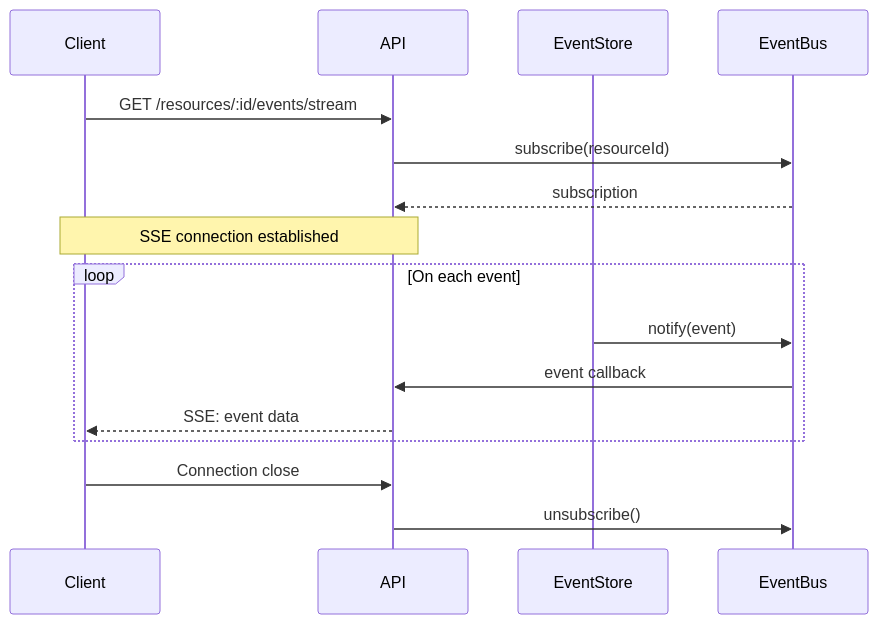
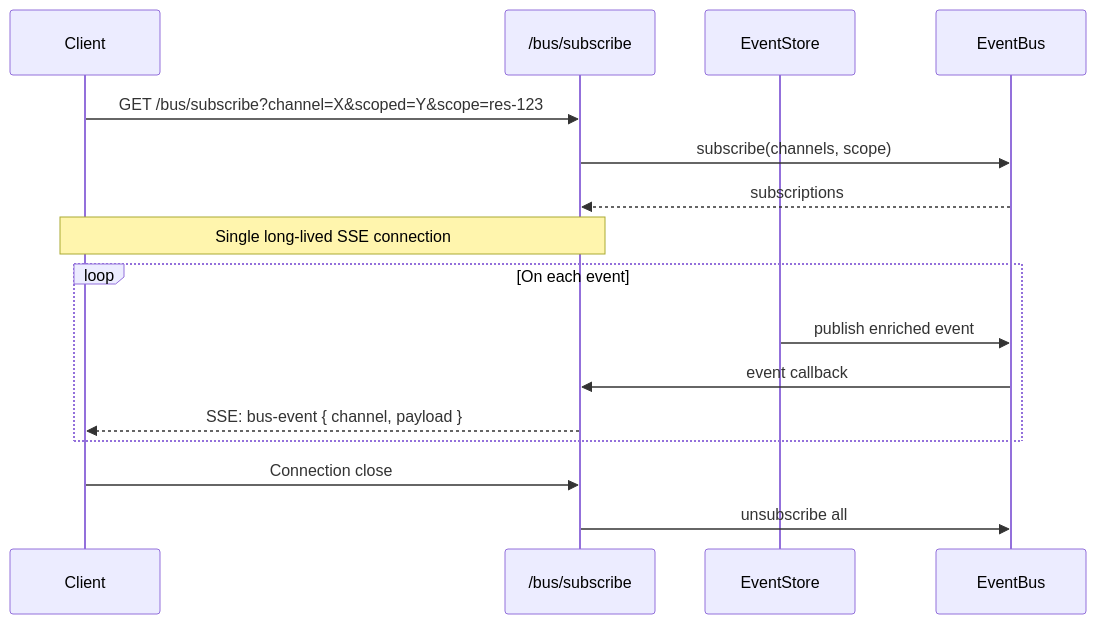
One commit to The-AI-Alliance/semiont changed the seventh of 7 diagrams in apps/backend/docs/DATA-FLOW.md. Above: the diagram before and after it, drawn with Mermaid. The commit also changed other lines of this file and 86 other files, not shown here.

````diff
--- a/apps/backend/docs/DATA-FLOW.md
+++ b/apps/backend/docs/DATA-FLOW.md
@@ -182,22 +182,22 @@
 ```mermaid
 sequenceDiagram
     participant Client
-    participant API
+    participant Bus as /bus/subscribe
     participant EventStore
     participant EventBus
 
-    Client->>API: GET /resources/:id/events/stream
-    API->>EventBus: subscribe(resourceId)
-    EventBus-->>API: subscription
+    Client->>Bus: GET /bus/subscribe?channel=X&scoped=Y&scope=res-123
+    Bus->>EventBus: subscribe(channels, scope)
+    EventBus-->>Bus: subscriptions
 
-    Note over Client,API: SSE connection established
+    Note over Client,Bus: Single long-lived SSE connection
 
     loop On each event
-        EventStore->>EventBus: notify(event)
-        EventBus->>API: event callback
-        API-->>Client: SSE: event data
+        EventStore->>EventBus: publish enriched event
+        EventBus->>Bus: event callback
+        Bus-->>Client: SSE: bus-event { channel, payload }
     end
 
-    Client->>API: Connection close
-    API->>EventBus: unsubscribe()
+    Client->>Bus: Connection close
+    Bus->>EventBus: unsubscribe all
 ```
````
